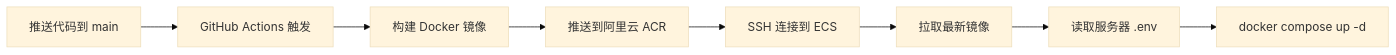
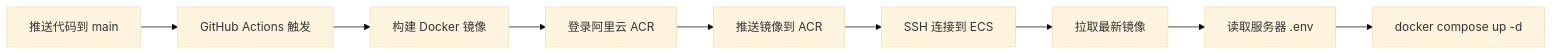
Before and after one commit to sumanin5/blog_fr: the diagram in DEPLOYMENT_GUIDE.md, drawn with Mermaid (base theme). The commit also changed other lines of this file and 1 other file, not shown here.

````diff
--- a/DEPLOYMENT_GUIDE.md
+++ b/DEPLOYMENT_GUIDE.md
@@ -115,10 +132,11 @@
 ```mermaid
 graph LR
     A[推送代码到 main] --> B[GitHub Actions 触发]
     B --> C[构建 Docker 镜像]
-    C --> D[推送到阿里云 ACR]
-    D --> E[SSH 连接到 ECS]
-    E --> F[拉取最新镜像]
-    F --> G[读取服务器 .env]
-    G --> H[docker compose up -d]
+    C --> D[登录阿里云 ACR]
+    D --> E[推送镜像到 ACR]
+    E --> F[SSH 连接到 ECS]
+    F --> G[拉取最新镜像]
+    G --> H[读取服务器 .env]
+    H --> I[docker compose up -d]
 ```
````
